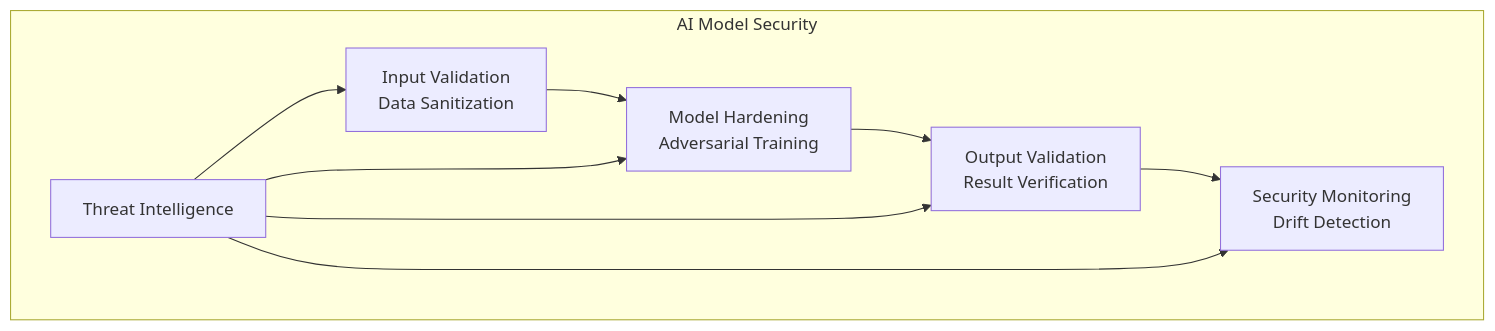
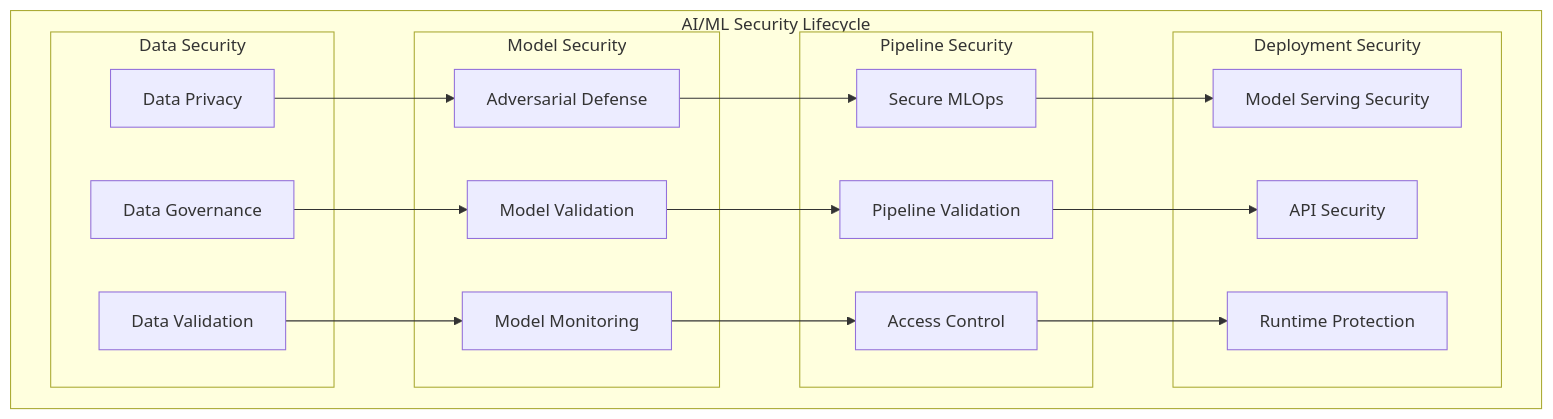
Before and after one commit to pxkundu/DevSecOps-Bootcamp: the third of 3 diagrams in AI-DataPlatformSolutions/05-Security/projects/security-architecture/README.md, drawn with Mermaid. The commit also changed other lines of this file and 14 other files, not shown here.

````diff
--- a/AI-DataPlatformSolutions/05-Security/projects/security-architecture/README.md
+++ b/AI-DataPlatformSolutions/05-Security/projects/security-architecture/README.md
@@ -210,13 +232,38 @@
 ```mermaid
 graph TB
-    subgraph "AI Model Security"
-        A[Input Validation<br/>Data Sanitization] --> B[Model Hardening<br/>Adversarial Training]
-        B --> C[Output Validation<br/>Result Verification]
-        C --> D[Security Monitoring<br/>Drift Detection]
+    subgraph "AI/ML Security Lifecycle"
+        subgraph "Data Security"
+            A[Data Privacy]
+            B[Data Governance]
+            C[Data Validation]
+        end
         
-        E[Threat Intelligence] --> A
-        E --> B
-        E --> C
-        E --> D
+        subgraph "Model Security"
+            D[Adversarial Defense]
+            E[Model Validation]
+            F[Model Monitoring]
+        end
+        
+        subgraph "Pipeline Security"
+            G[Secure MLOps]
+            H[Pipeline Validation]
+            I[Access Control]
+        end
+        
+        subgraph "Deployment Security"
+            J[Model Serving Security]
+            K[API Security]
+            L[Runtime Protection]
+        end
+        
+        A --> D
+        B --> E
+        C --> F
+        D --> G
+        E --> H
+        F --> I
+        G --> J
+        H --> K
+        I --> L
     end
 ```
````
